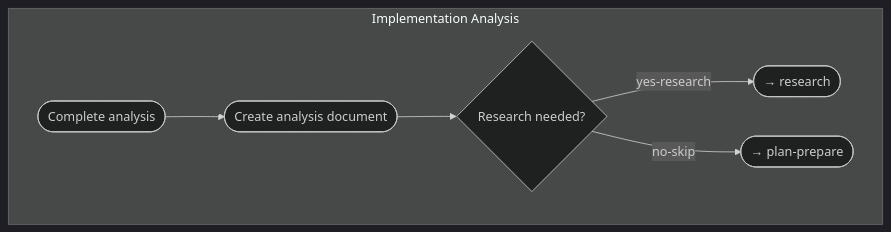
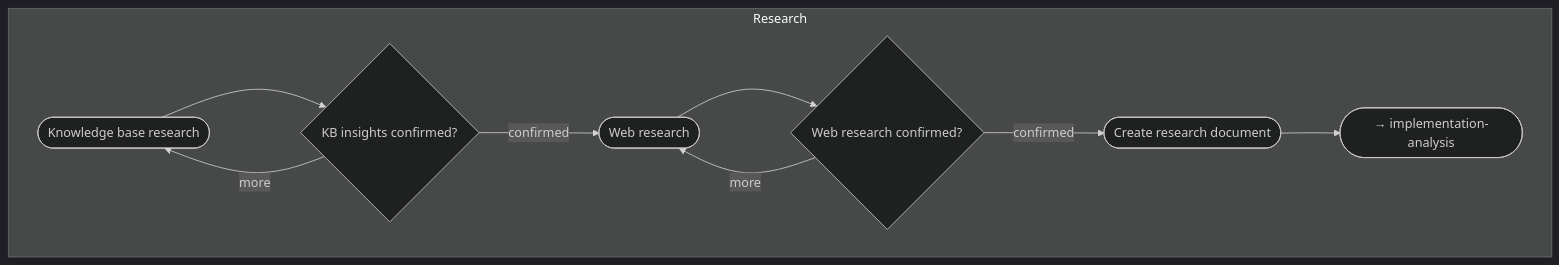
One commit to m2ux/workflow-server changed the fifth of 13 diagrams in work-package/README.md. Above: the diagram before and after it, drawn with Mermaid (dark theme). The commit also changed other lines of this file and 4 other files, not shown here.

First line of the commit message:
refactor: swap Research and Implementation Analysis order

````diff
--- a/work-package/README.md
+++ b/work-package/README.md
@@ -217,12 +213,18 @@
 ```mermaid
 graph TD
-    subgraph implementation-analysis[Implementation Analysis]
-        a1([Complete analysis])
-        a2([Create analysis document])
-        cp1{Research needed?}
+    subgraph research[Research]
+        rs1([Knowledge base research])
+        rs2([Web research])
+        rs3([Create research document])
+        cp1{KB insights confirmed?}
+        cp2{Web research confirmed?}
         
-        a1 --> a2 --> cp1
-        cp1 -->|yes-research| Next1([→ research])
-        cp1 -->|no-skip| Next2([→ plan-prepare])
+        rs1 --> cp1
+        cp1 -->|confirmed| rs2
+        cp1 -->|more| rs1
+        rs2 --> cp2
+        cp2 -->|confirmed| rs3
+        cp2 -->|more| rs2
+        rs3 --> Next([→ implementation-analysis])
     end
 ```
````
